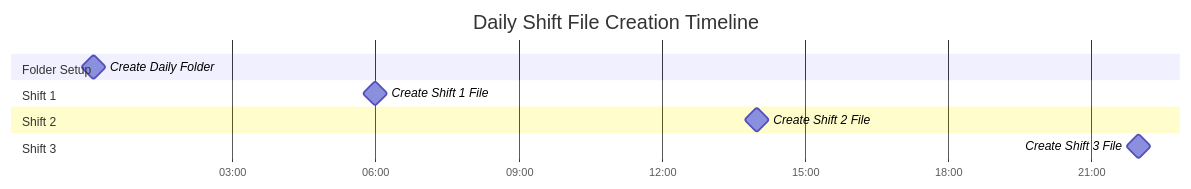
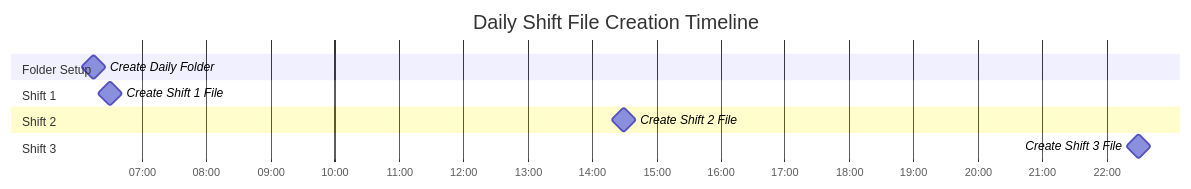
One commit to vignesh191024/Excel_Power_Automate changed the first of 4 diagrams in Quick_Reference_Guide.md. Above: the diagram before and after it, drawn with Mermaid. The commit also changed other lines of this file and 3 other files, not shown here.

Commit message:
Update Power Automate flow schedules: Monthly folder at 6:00 AM, Daily folder at 6:15 AM, Shift files at 6:30 AM, 2:30 PM, and 10:30 PM IST

````diff
--- a/Quick_Reference_Guide.md
+++ b/Quick_Reference_Guide.md
@@ -36,18 +36,18 @@
 ```mermaid
 gantt
     title Daily Shift File Creation Timeline
     dateFormat HH:mm
     axisFormat %H:%M
     
     section Folder Setup
-    Create Daily Folder    :milestone, m1, 00:05, 0m
+    Create Daily Folder    :milestone, m1, 06:15, 0m
     
     section Shift 1
-    Create Shift 1 File    :milestone, m2, 06:00, 0m
+    Create Shift 1 File    :milestone, m2, 06:30, 0m
     
     section Shift 2
-    Create Shift 2 File    :milestone, m3, 14:00, 0m
+    Create Shift 2 File    :milestone, m3, 14:30, 0m
     
     section Shift 3
-    Create Shift 3 File    :milestone, m4, 22:00, 0m
+    Create Shift 3 File    :milestone, m4, 22:30, 0m
 ```
````
